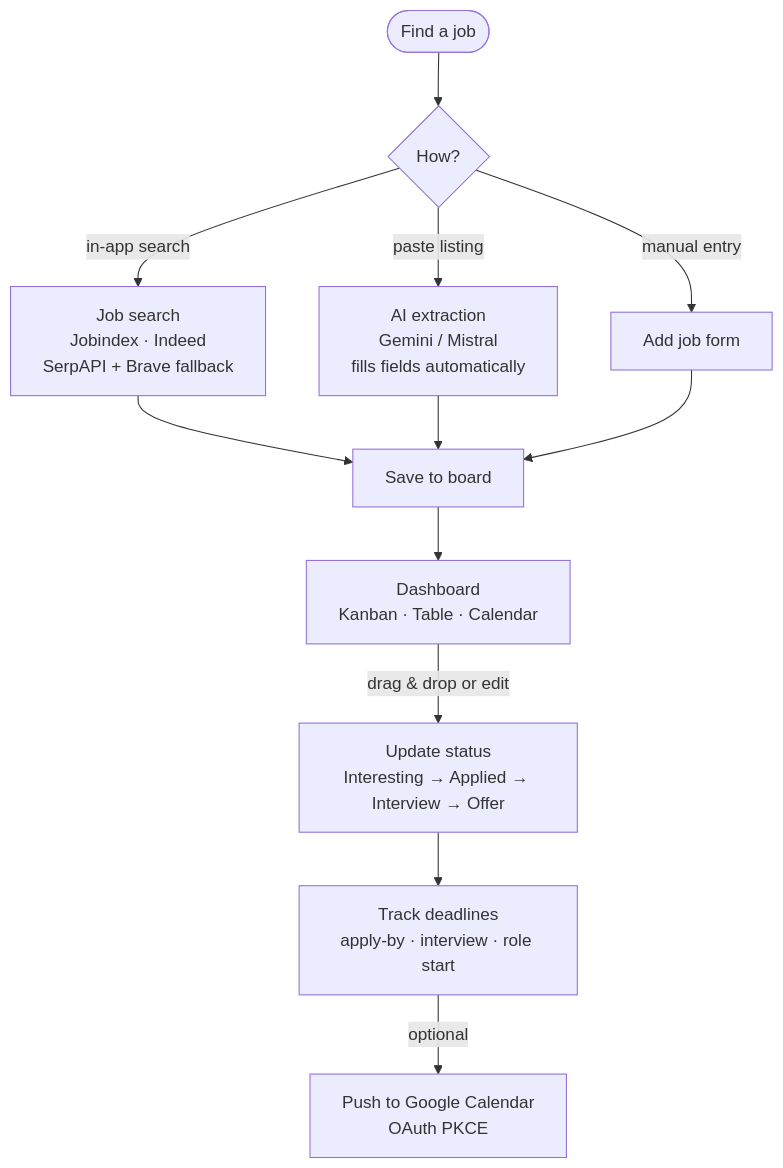
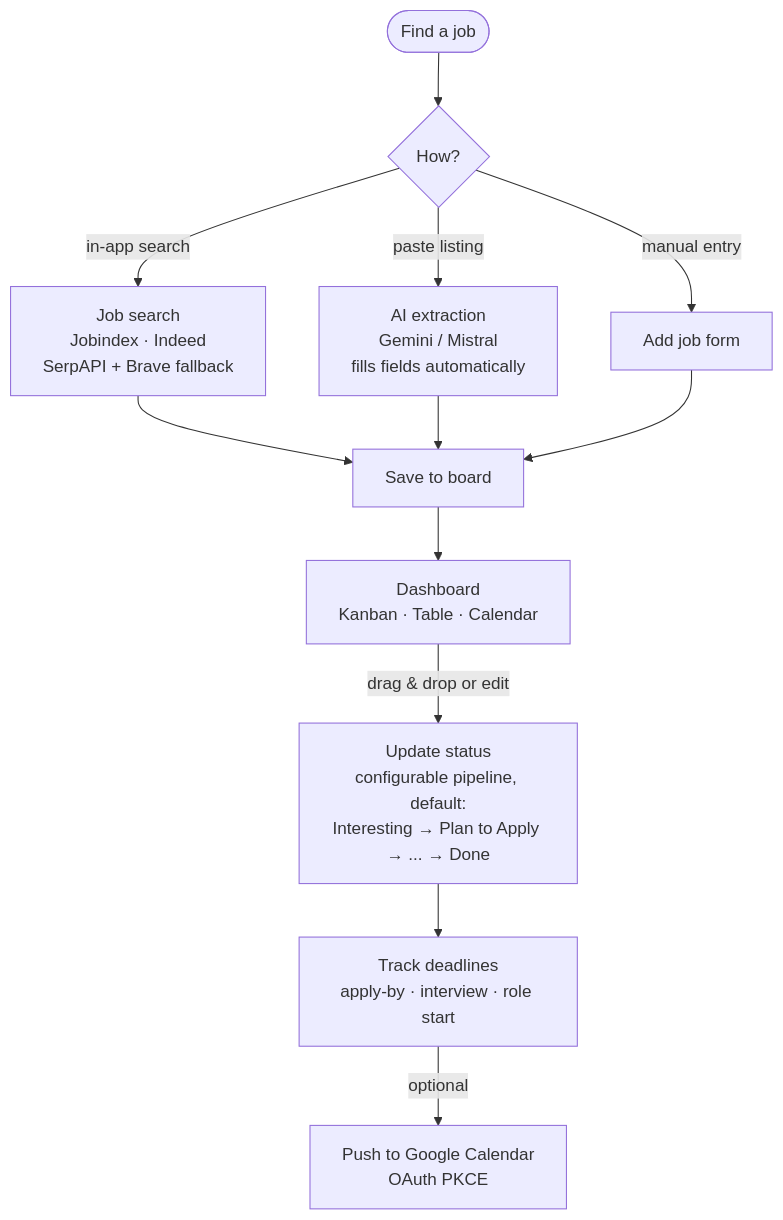
One commit to eikrad/Job-Tracker changed the first of 2 diagrams in README.md. Above: the diagram before and after it, drawn with Mermaid. The commit also changed other lines of this file and 2 other files, not shown here.

````diff
--- a/README.md
+++ b/README.md
@@ -29,14 +28,14 @@
 ```mermaid
 flowchart TD
     DISCOVER([Find a job]) --> SOURCE
     SOURCE{How?} -->|in-app search| SEARCH[Job search\nJobindex · Indeed\nSerpAPI + Brave fallback]
     SOURCE -->|paste listing| EXTRACT[AI extraction\nGemini / Mistral\nfills fields automatically]
     SOURCE -->|manual entry| FORM[Add job form]
     SEARCH --> SAVE[Save to board]
     EXTRACT --> SAVE
     FORM --> SAVE
     SAVE --> BOARD[Dashboard\nKanban · Table · Calendar]
-    BOARD -->|drag & drop or edit| STATUS[Update status\nInteresting → Applied → Interview → Offer]
+    BOARD -->|drag & drop or edit| STATUS[Update status\nconfigurable pipeline, default:\nInteresting → Plan to Apply → ... → Done]
     STATUS --> DATES[Track deadlines\napply-by · interview · role start]
     DATES -->|optional| GCAL[Push to Google Calendar\nOAuth PKCE]
 ```
````
